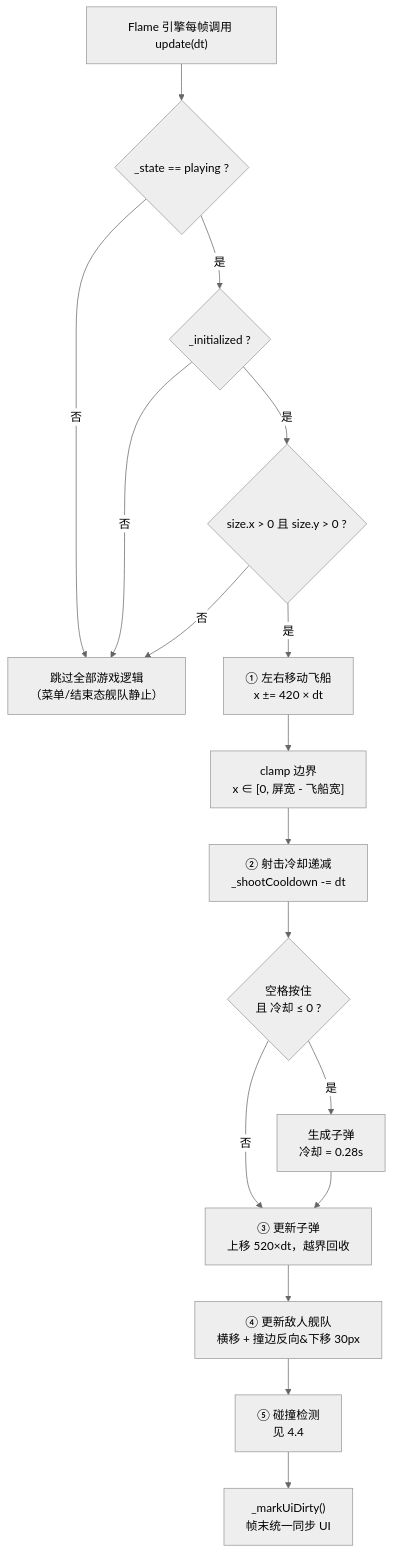
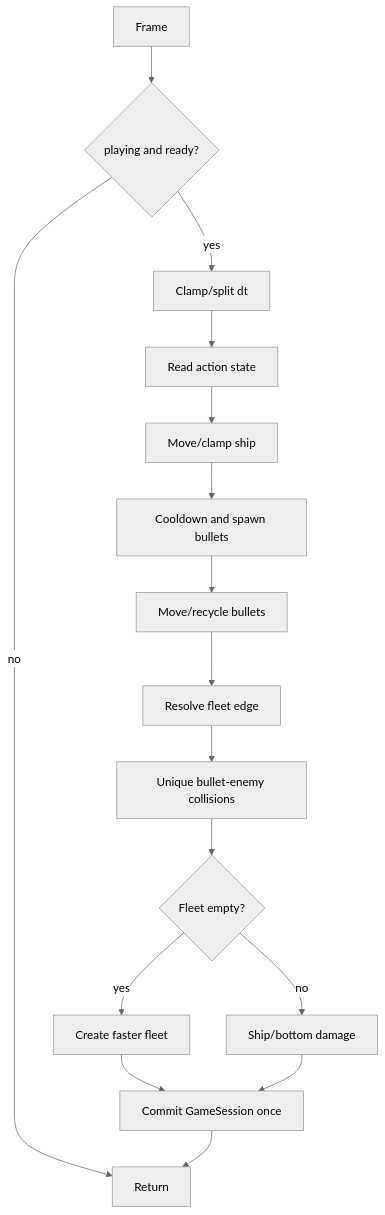
One commit to cnjamescao/Warship_Flutter changed the fourth of 5 diagrams in Spec/Warship产品设计.md. Above: the diagram before and after it, drawn with Mermaid (neutral theme). The commit also changed other lines of this file and 3 other files, not shown here.

````diff
--- a/Spec/Warship产品设计.md
+++ b/Spec/Warship产品设计.md
@@ -285,19 +290,18 @@
 ```mermaid
 flowchart TD
-    A["Flame 引擎每帧调用 update(dt)"] --> B{"_state == playing ?"}
-    B -- 否 --> Z["跳过全部游戏逻辑<br/>（菜单/结束态舰队静止）"]
-    B -- 是 --> C{"_initialized ?"}
-    C -- 否 --> Z
-    C -- 是 --> D{"size.x > 0 且 size.y > 0 ?"}
-    D -- 否 --> Z
-    D -- 是 --> E["① 左右移动飞船<br/>x ±= 420 × dt"]
-    E --> F["clamp 边界<br/>x ∈ [0, 屏宽 - 飞船宽]"]
-    F --> G["② 射击冷却递减<br/>_shootCooldown -= dt"]
-    G --> H{"空格按住<br/>且 冷却 ≤ 0 ?"}
-    H -- 是 --> I["生成子弹<br/>冷却 = 0.28s"]
-    H -- 否 --> J
-    I --> J["③ 更新子弹<br/>上移 520×dt，越界回收"]
-    J --> K["④ 更新敌人舰队<br/>横移 + 撞边反向&下移 30px"]
-    K --> L["⑤ 碰撞检测<br/>见 4.4"]
-    L --> M["_markUiDirty()<br/>帧末统一同步 UI"]
+    A[Frame] --> B{playing and ready?}
+    B -- no --> Z[Return]
+    B -- yes --> C[Clamp/split dt]
+    C --> D[Read action state]
+    D --> E[Move/clamp ship]
+    E --> F[Cooldown and spawn bullets]
+    F --> G[Move/recycle bullets]
+    G --> H[Resolve fleet edge]
+    H --> I[Unique bullet-enemy collisions]
+    I --> J{Fleet empty?}
+    J -- yes --> K[Create faster fleet]
+    J -- no --> L[Ship/bottom damage]
+    K --> M[Commit GameSession once]
+    L --> M
+    M --> Z
 ```
````
